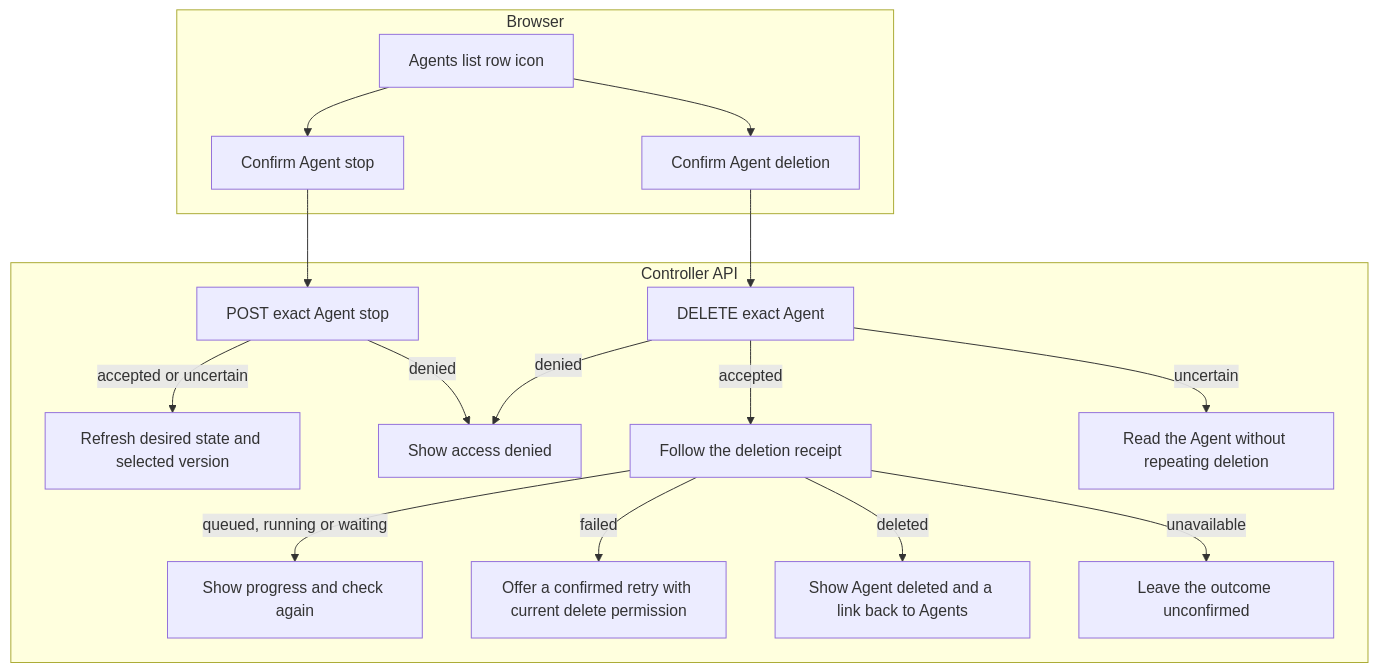
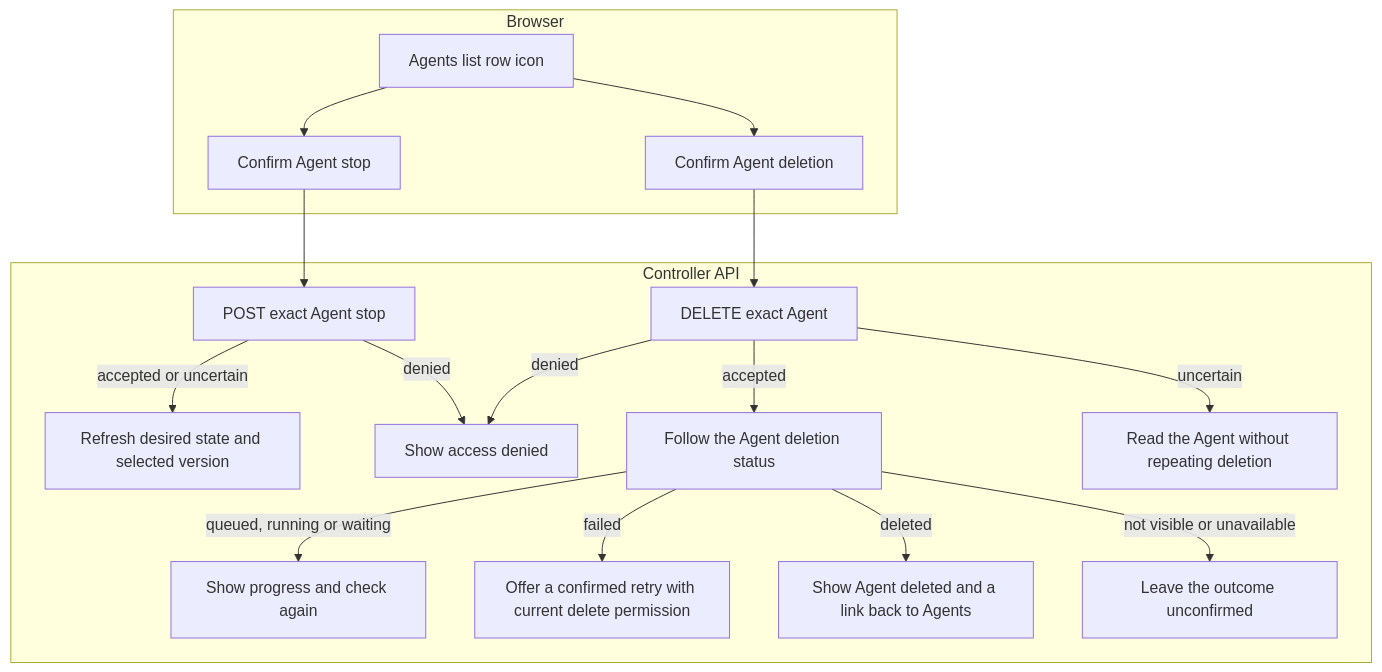
One commit to openclaw/openclaw-enterprise changed the diagram in docs/flows/platform-console/agent-stop-and-deletion.md. Above: the diagram before and after it, drawn with Mermaid. The commit also changed other lines of this file and 13 other files, not shown here.

First line of the commit message:
fix(console): show not visible instead of guessing from a denied deletion status

````diff
--- a/docs/flows/platform-console/agent-stop-and-deletion.md
+++ b/docs/flows/platform-console/agent-stop-and-deletion.md
@@ -25,22 +25,22 @@
 ```mermaid
 graph TD
   subgraph Browser["Browser"]
     E["Confirm Agent deletion"]
     S["Confirm Agent stop"]
     L["Agents list row icon"] --> E
     L --> S
   end
   subgraph API["Controller API"]
     E --> G["DELETE exact Agent"]
     S --> T["POST exact Agent stop"]
     T -->|accepted or uncertain| U["Refresh desired state and selected version"]
     T -->|denied| I
-    G -->|accepted| H["Follow the deletion receipt"]
+    G -->|accepted| H["Follow the Agent deletion status"]
     G -->|uncertain| X["Read the Agent without repeating deletion"]
     G -->|denied| I["Show access denied"]
     H -->|queued, running or waiting| J["Show progress and check again"]
     H -->|failed| F["Offer a confirmed retry with current delete permission"]
     H -->|deleted| K["Show Agent deleted and a link back to Agents"]
-    H -->|unavailable| N["Leave the outcome unconfirmed"]
+    H -->|not visible or unavailable| N["Leave the outcome unconfirmed"]
   end
 ```
````
